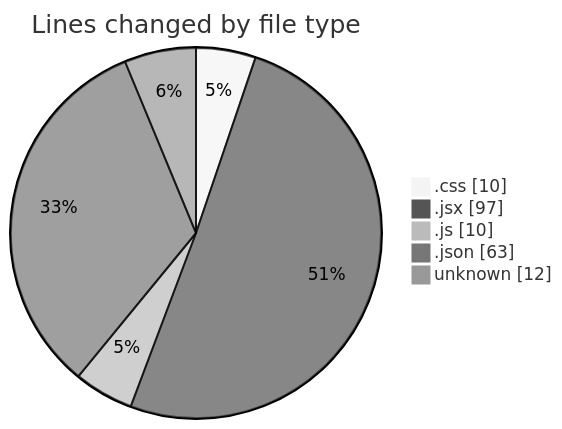
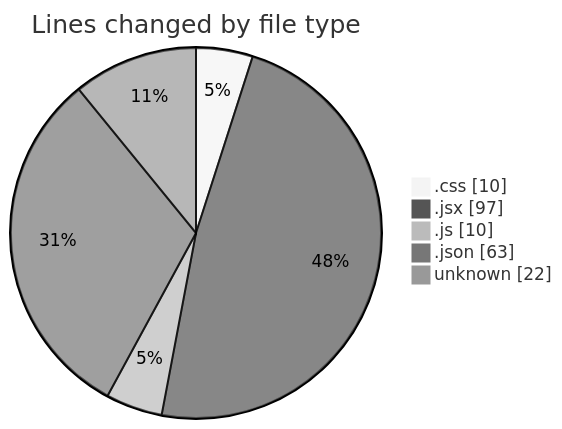
The first of 2 diagrams in 2025-02-05/react/README.md (Elitesun/code-tracking), drawn with Mermaid (neutral theme) before and after one commit. The commit also changed other lines of this file and 1 other file, not shown here.

````diff
--- a/2025-02-05/react/README.md
+++ b/2025-02-05/react/README.md
@@ -27,9 +27,9 @@
 ```mermaid
 pie showData
 title Lines changed by file type
 ".css" : 10
 ".jsx" : 97
 ".js" : 10
 ".json" : 63
-"unknown" : 12
+"unknown" : 22
 ```
````
